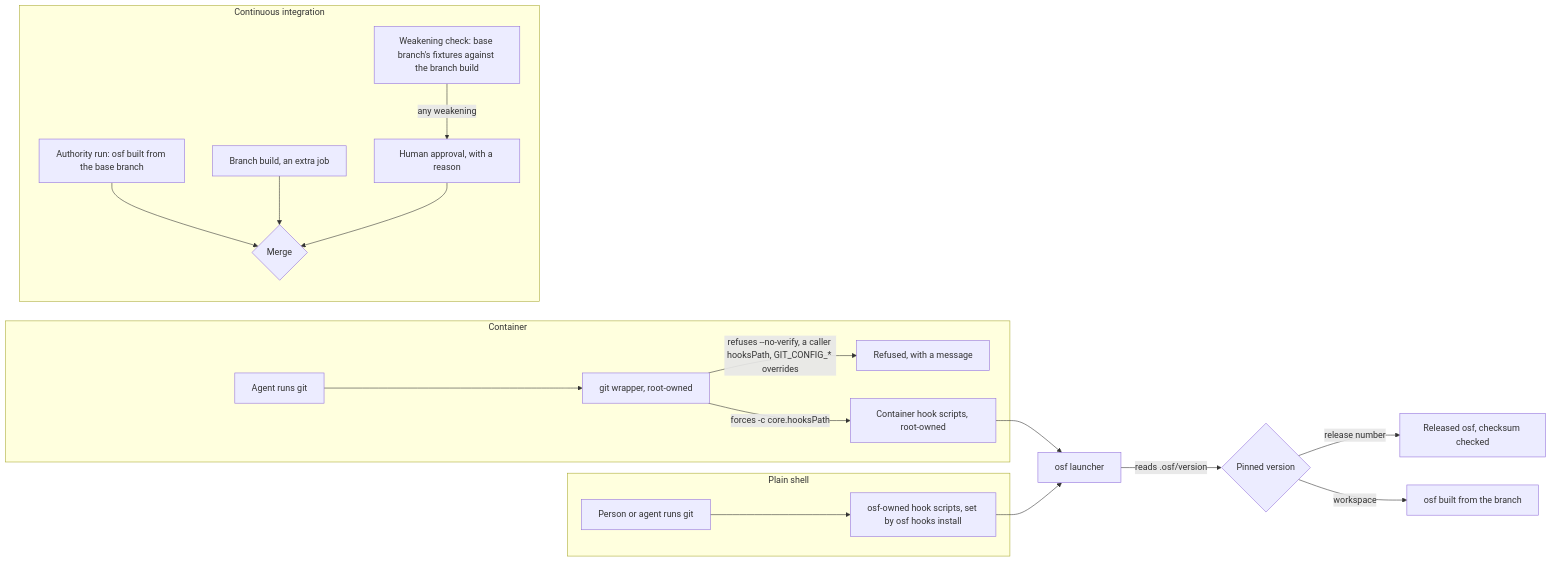
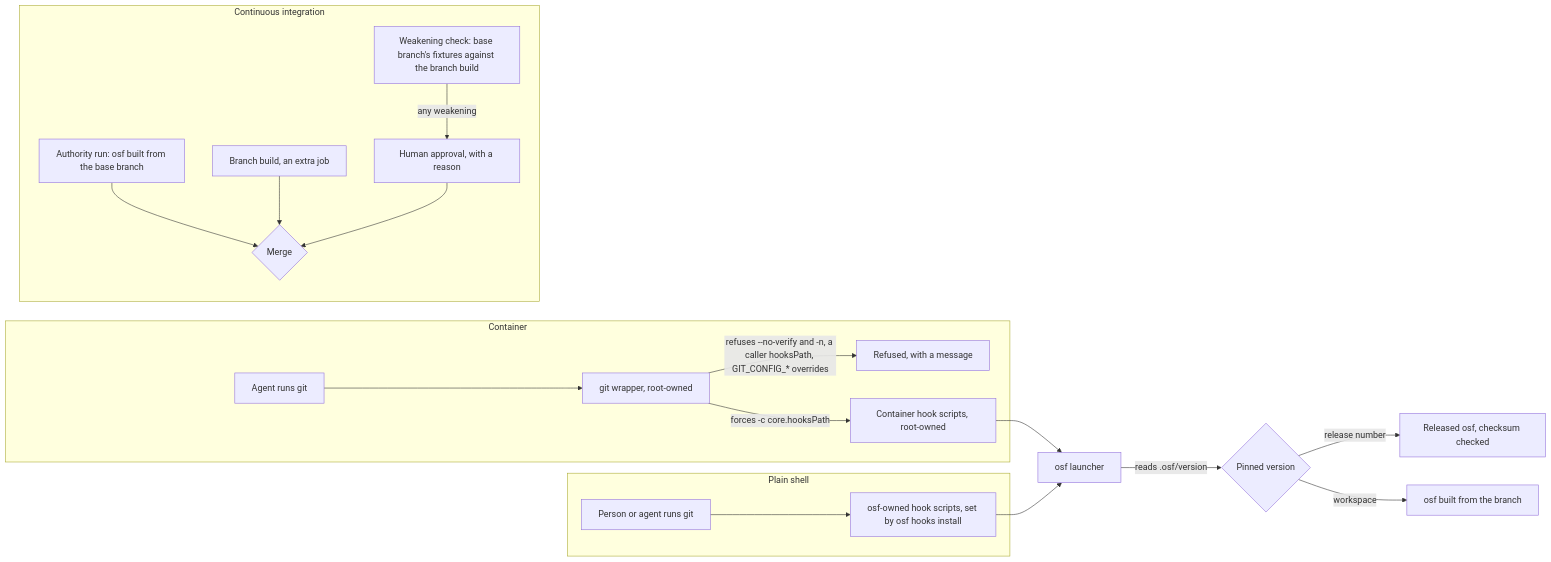
Before and after one commit to open-software-factory/software-factory: the diagram in docs/architecture/decisions/0018-hook-enforcement-and-the-pinned-osf.md, drawn with Mermaid. The commit also changed other lines of this file, not shown here.

Commit message:
docs: close the git commit -n gap in the hook wrapper
The wrapper refused --no-verify but not its short form, -n, on git commit. An agent could still skip the enforced checkpoint through that alias.

Decision 0018 now names -n alongside --no-verify, in the prose and in the diagram, as refused.

Code-Generator: Claude Sonnet 5 <noreply@anthropic.com>

````diff
--- a/docs/architecture/decisions/0018-hook-enforcement-and-the-pinned-osf.md
+++ b/docs/architecture/decisions/0018-hook-enforcement-and-the-pinned-osf.md
@@ -13,22 +13,22 @@
 ```mermaid
 flowchart LR
   subgraph Container
     A[Agent runs git] --> W[git wrapper, root-owned]
-    W -->|refuses --no-verify, a caller hooksPath, GIT_CONFIG_* overrides| X[Refused, with a message]
+    W -->|refuses --no-verify and -n, a caller hooksPath, GIT_CONFIG_* overrides| X[Refused, with a message]
     W -->|forces -c core.hooksPath| H1[Container hook scripts, root-owned]
   end
   subgraph Plain shell
     P[Person or agent runs git] --> H2[osf-owned hook scripts, set by osf hooks install]
   end
   H1 --> L[osf launcher]
   H2 --> L
   L -->|reads .osf/version| V{Pinned version}
   V -->|release number| R[Released osf, checksum checked]
   V -->|workspace| B[osf built from the branch]
   subgraph "Continuous integration"
     C1[Authority run: osf built from the base branch] --> M{Merge}
     C2[Branch build, an extra job] --> M
     C3[Weakening check: base branch's fixtures against the branch build] -->|any weakening| HA[Human approval, with a reason]
     HA --> M
   end
 ```
````
